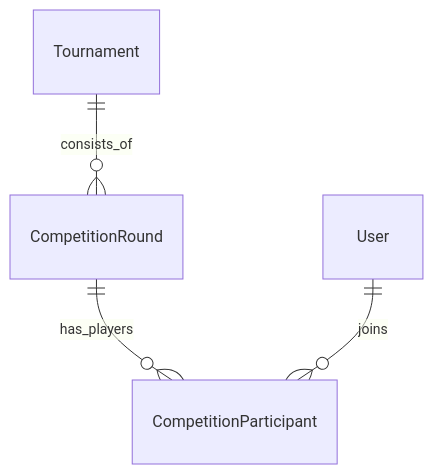
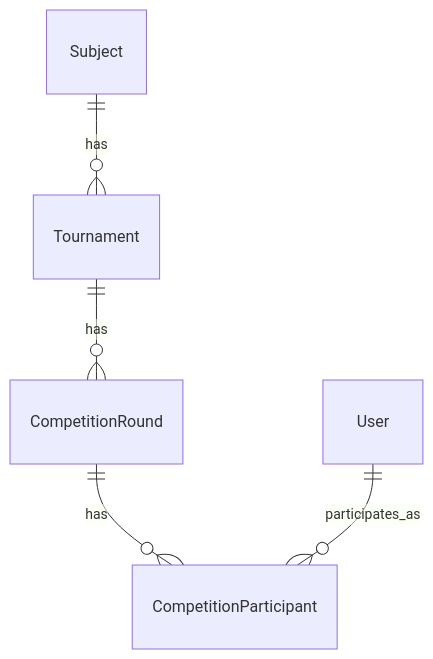
The diagram in docs/specs/02-modules/tournament/data.md (philongdanh/lms), drawn with Mermaid before and after one commit. The commit also changed other lines of this file and 53 other files, not shown here.

````diff
--- a/docs/specs/02-modules/tournament/data.md
+++ b/docs/specs/02-modules/tournament/data.md
@@ -68,11 +65,12 @@
 ```mermaid
 ---
 config:
   themeVariables:
     fontFamily: "EB Garamond"
 ---
 erDiagram
-    Tournament ||--o{ CompetitionRound : "consists_of"
-    CompetitionRound ||--o{ CompetitionParticipant : "has_players"
-    User ||--o{ CompetitionParticipant : "joins"
+    Tournament ||--o{ CompetitionRound : "has"
+    CompetitionRound ||--o{ CompetitionParticipant : "has"
+    User ||--o{ CompetitionParticipant : "participates_as"
+    Subject ||--o{ Tournament : "has"
 ```
````
